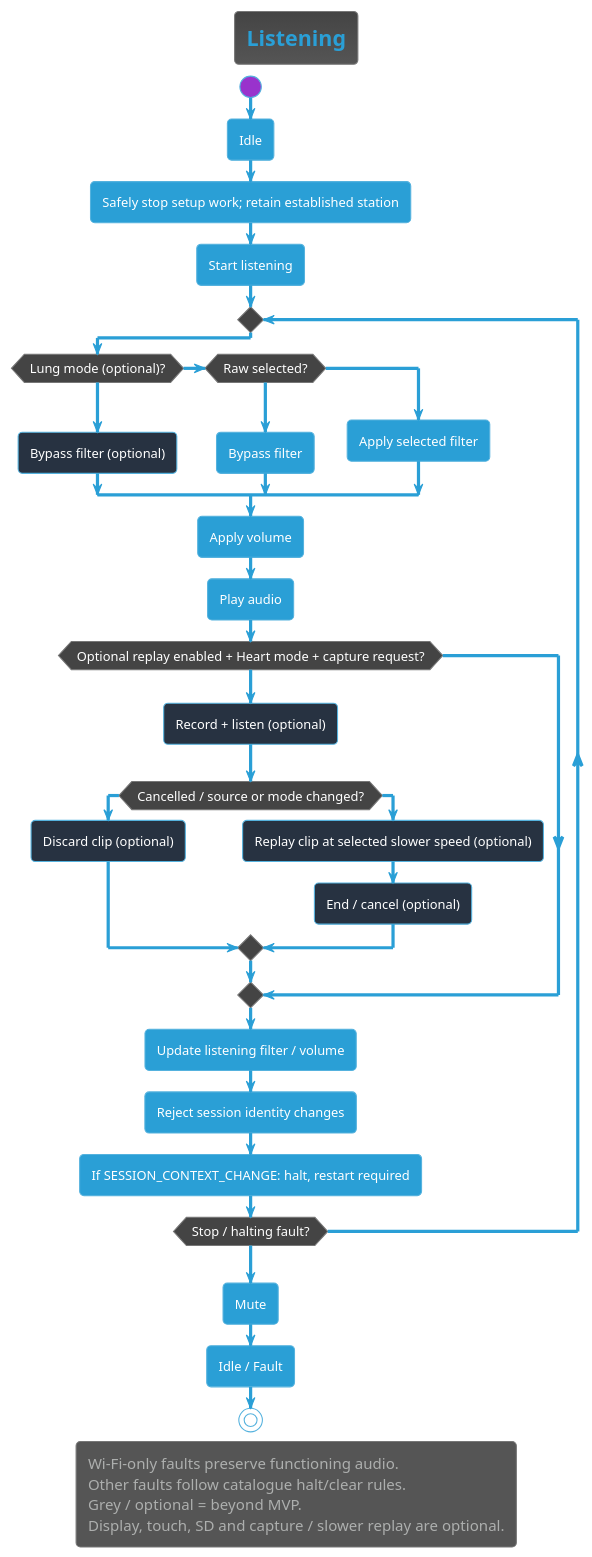
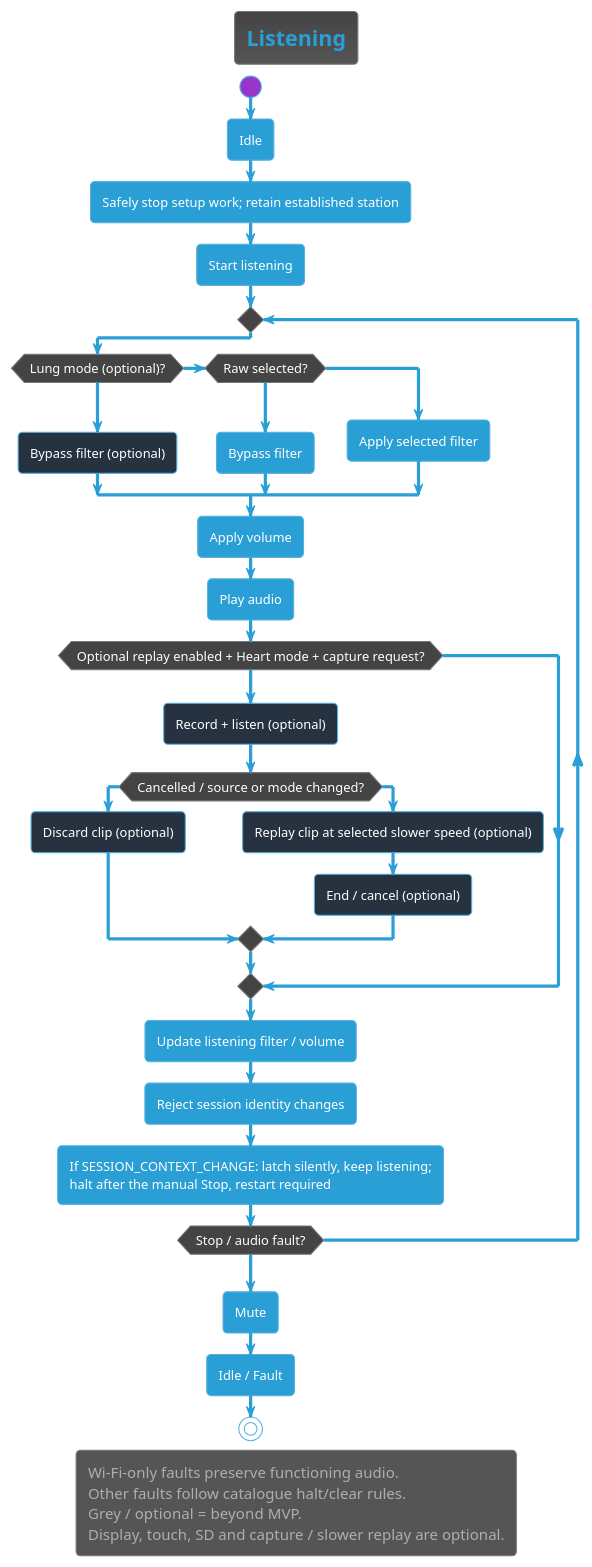
Before and after one commit to DemonicPsychoII/DigitalStethoscope: the diagram in Development/system/architecture/system/listening-workflow.puml, drawn with PlantUML. The commit also changed 11 other files, not shown here.

First line of the commit message:
documentation: carry the deferred-error and audio-halt rules into the architecture views and use case F4

```diff
--- a/Development/system/architecture/system/listening-workflow.puml
+++ b/Development/system/architecture/system/listening-workflow.puml
@@ -1,42 +1,42 @@
 @startuml listening_workflow
 !theme cyborg
 skinparam shadowing false
 skinparam defaultFontName SansSerif
 title Listening
 start
 :Idle;
 :Safely stop setup work; retain established station;
 :Start listening;
 repeat
  if (Lung mode (optional)?) then (yes)
   #273241:Bypass filter (optional);
  elseif (Raw selected?) then (yes)
   :Bypass filter;
  else (no)
   :Apply selected filter;
  endif
  :Apply volume;
  :Play audio;
  if (Optional replay enabled + Heart mode + capture request?) then (yes)
   #273241:Record + listen (optional);
   if (Cancelled / source or mode changed?) then (yes)
    #273241:Discard clip (optional);
   else (clip full)
    #273241:Replay clip at selected slower speed (optional);
    #273241:End / cancel (optional);
   endif
  endif
  :Update listening filter / volume;
  :Reject session identity changes;
- :If SESSION_CONTEXT_CHANGE: halt, restart required;
-repeat while (Stop / halting fault?) is (no) not (yes)
+ :If SESSION_CONTEXT_CHANGE: latch silently, keep listening;\nhalt after the manual Stop, restart required;
+repeat while (Stop / audio fault?) is (no) not (yes)
 :Mute;
 :Idle / Fault;
 stop
 legend bottom
   Wi-Fi-only faults preserve functioning audio.
   Other faults follow catalogue halt/clear rules.
   Grey / optional = beyond MVP.
   Display, touch, SD and capture / slower replay are optional.
 endlegend
 @enduml
```
